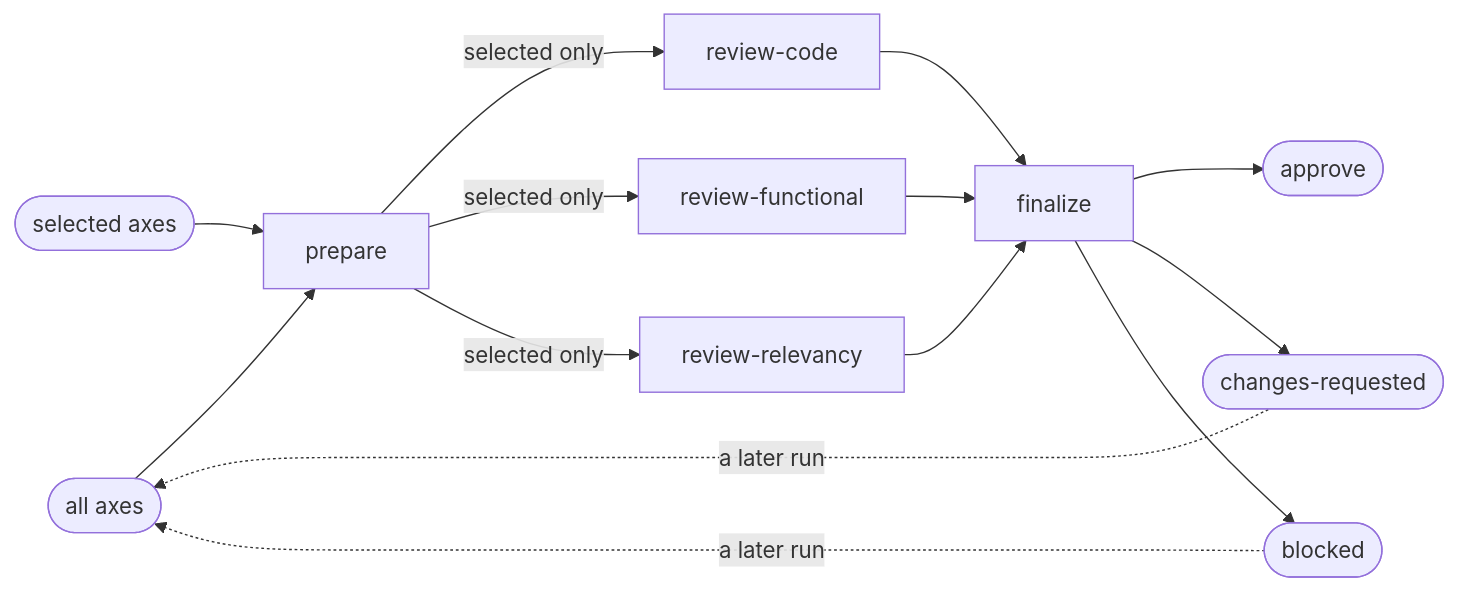
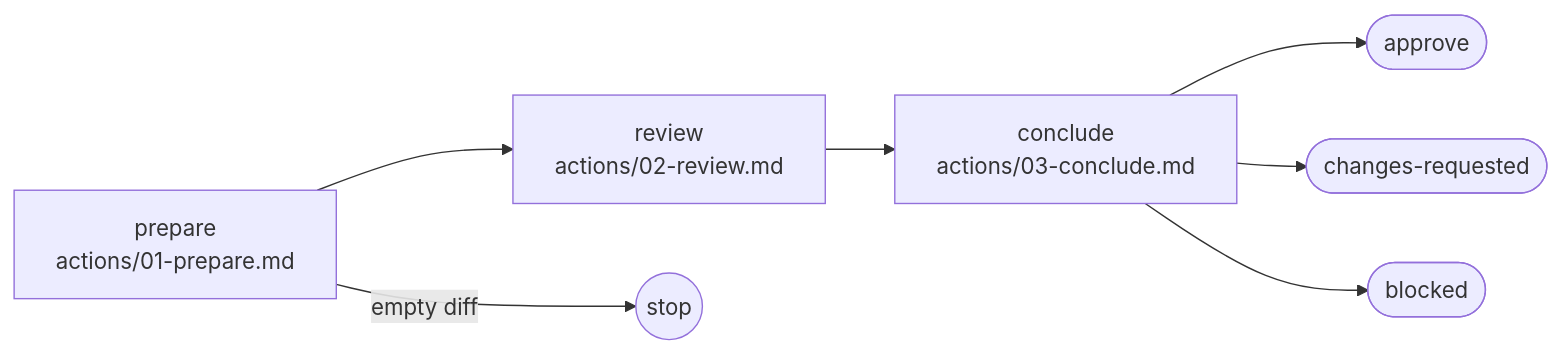
One commit to ai-driven-dev/framework changed the diagram in plugins/aidd-dev/skills/05-review/SKILL.md. Above: the diagram before and after it, drawn with Mermaid. The commit also changed other lines of this file and 18 other files, not shown here.

First line of the commit message:
refactor(aidd-dev): make review three steps with its axes as references (#1136)

````diff
--- a/plugins/aidd-dev/skills/05-review/SKILL.md
+++ b/plugins/aidd-dev/skills/05-review/SKILL.md
@@ -9,11 +11,9 @@
 ```mermaid
 flowchart LR
-  all([all axes]) --> prepare
-  one([selected axes]) --> prepare
-  prepare -->|selected only| review-code & review-functional & review-relevancy --> finalize
-  finalize --> approve([approve])
-  finalize --> changes([changes-requested])
-  finalize --> blocked([blocked])
-  changes -.->|a later run| all
-  blocked -.->|a later run| all
+  prepare["prepare<br>actions/01-prepare.md"] --> review["review<br>actions/02-review.md"]
+  review --> conclude["conclude<br>actions/03-conclude.md"]
+  prepare -->|"empty diff"| stop((stop))
+  conclude --> approve([approve])
+  conclude --> changes([changes-requested])
+  conclude --> blocked([blocked])
 ```
````
